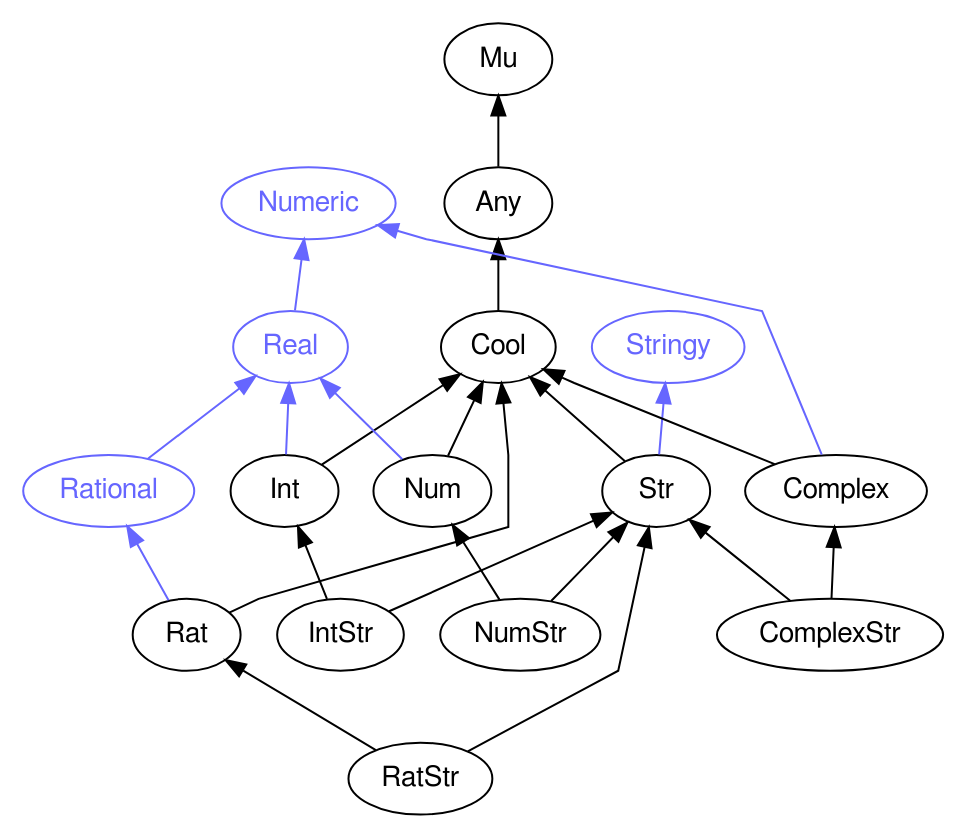
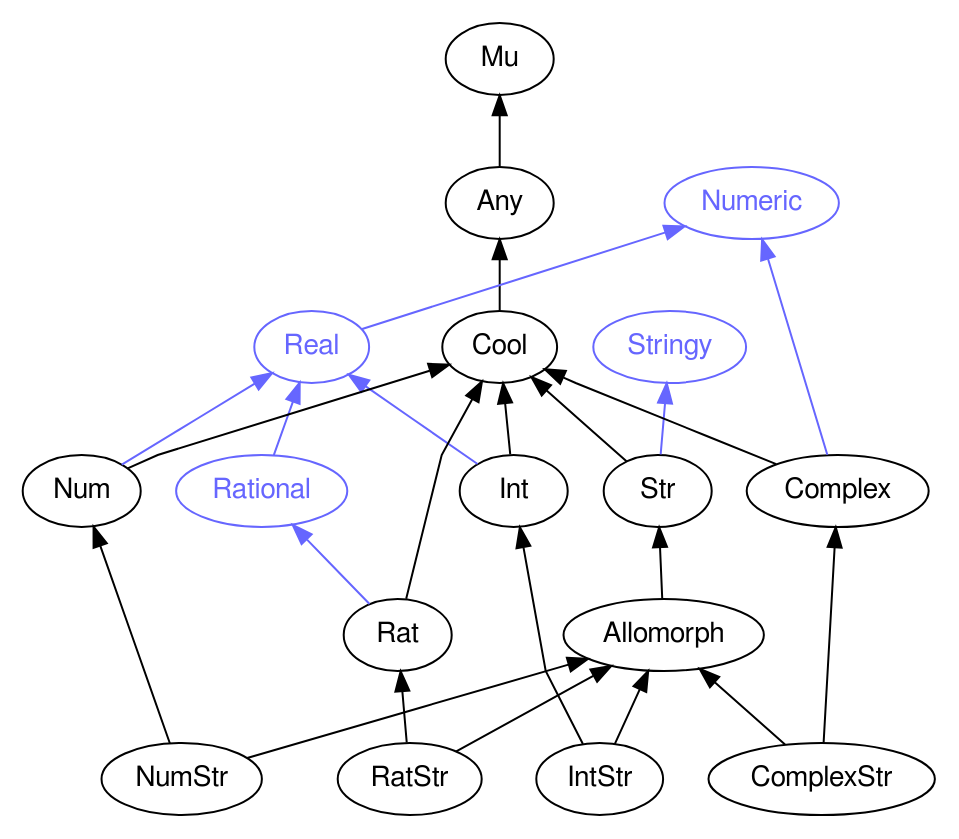
The diagram in images/type-graph-Str.svg.dot (rakudocs/rakudocs.github.io), drawn with Graphviz before and after one commit. The commit also changed 2867 other files, not shown here.

```diff
--- a/images/type-graph-Str.svg.dot
+++ b/images/type-graph-Str.svg.dot
@@ -1,48 +1,51 @@
 digraph "perl6-type-graph" {
     rankdir=BT;
     splines=polyline;
     overlap=false; 
+    graph [truecolor=true bgcolor="#FFFFFF"];
     // Types
     "Str" [color="#000000", fontcolor="#000000", href="/type/Str", fontname="FreeSans"];
     "Mu" [color="#000000", fontcolor="#000000", href="/type/Mu", fontname="FreeSans"];
     "Any" [color="#000000", fontcolor="#000000", href="/type/Any", fontname="FreeSans"];
     "Cool" [color="#000000", fontcolor="#000000", href="/type/Cool", fontname="FreeSans"];
     "Stringy" [color="#6666FF", fontcolor="#6666FF", href="/type/Stringy", fontname="FreeSans"];
+    "Allomorph" [color="#000000", fontcolor="#000000", href="/type/Allomorph", fontname="FreeSans"];
     "Numeric" [color="#6666FF", fontcolor="#6666FF", href="/type/Numeric", fontname="FreeSans"];
+    "Complex" [color="#000000", fontcolor="#000000", href="/type/Complex", fontname="FreeSans"];
+    "ComplexStr" [color="#000000", fontcolor="#000000", href="/type/ComplexStr", fontname="FreeSans"];
     "Real" [color="#6666FF", fontcolor="#6666FF", href="/type/Real", fontname="FreeSans"];
+    "Int" [color="#000000", fontcolor="#000000", href="/type/Int", fontname="FreeSans"];
+    "IntStr" [color="#000000", fontcolor="#000000", href="/type/IntStr", fontname="FreeSans"];
     "Rational" [color="#6666FF", fontcolor="#6666FF", href="/type/Rational", fontname="FreeSans"];
     "Rat" [color="#000000", fontcolor="#000000", href="/type/Rat", fontname="FreeSans"];
     "RatStr" [color="#000000", fontcolor="#000000", href="/type/RatStr", fontname="FreeSans"];
-    "Complex" [color="#000000", fontcolor="#000000", href="/type/Complex", fontname="FreeSans"];
-    "ComplexStr" [color="#000000", fontcolor="#000000", href="/type/ComplexStr", fontname="FreeSans"];
-    "Int" [color="#000000", fontcolor="#000000", href="/type/Int", fontname="FreeSans"];
-    "IntStr" [color="#000000", fontcolor="#000000", href="/type/IntStr", fontname="FreeSans"];
     "Num" [color="#000000", fontcolor="#000000", href="/type/Num", fontname="FreeSans"];
     "NumStr" [color="#000000", fontcolor="#000000", href="/type/NumStr", fontname="FreeSans"];
 
     // Superclasses
     "Str" -> "Cool" [color="#000000"];
     "Any" -> "Mu" [color="#000000"];
     "Cool" -> "Any" [color="#000000"];
+    "Allomorph" -> "Str" [color="#000000"];
+    "Complex" -> "Cool" [color="#000000"];
+    "ComplexStr" -> "Allomorph" [color="#000000"];
+    "ComplexStr" -> "Complex" [color="#000000"];
+    "Int" -> "Cool" [color="#000000"];
+    "IntStr" -> "Allomorph" [color="#000000"];
+    "IntStr" -> "Int" [color="#000000"];
     "Rat" -> "Cool" [color="#000000"];
+    "RatStr" -> "Allomorph" [color="#000000"];
     "RatStr" -> "Rat" [color="#000000"];
-    "RatStr" -> "Str" [color="#000000"];
-    "Complex" -> "Cool" [color="#000000"];
-    "ComplexStr" -> "Complex" [color="#000000"];
-    "ComplexStr" -> "Str" [color="#000000"];
-    "Int" -> "Cool" [color="#000000"];
-    "IntStr" -> "Int" [color="#000000"];
-    "IntStr" -> "Str" [color="#000000"];
     "Num" -> "Cool" [color="#000000"];
+    "NumStr" -> "Allomorph" [color="#000000"];
     "NumStr" -> "Num" [color="#000000"];
-    "NumStr" -> "Str" [color="#000000"];
 
     // Roles
     "Str" -> "Stringy" [color="#6666FF"];
+    "Complex" -> "Numeric" [color="#6666FF"];
     "Real" -> "Numeric" [color="#6666FF"];
+    "Int" -> "Real" [color="#6666FF"];
     "Rational" -> "Real" [color="#6666FF"];
     "Rat" -> "Rational" [color="#6666FF"];
-    "Complex" -> "Numeric" [color="#6666FF"];
-    "Int" -> "Real" [color="#6666FF"];
     "Num" -> "Real" [color="#6666FF"];
 }
```
